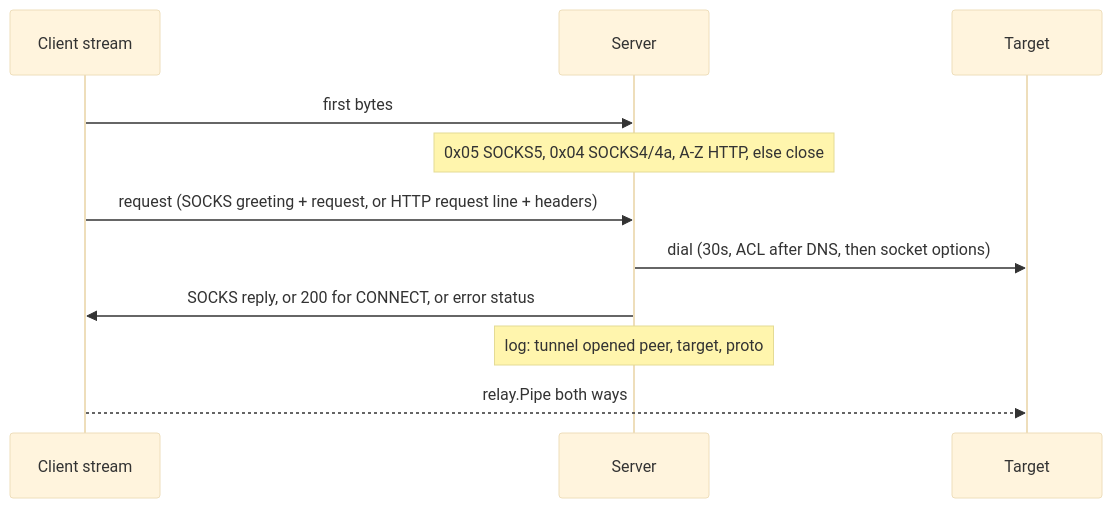
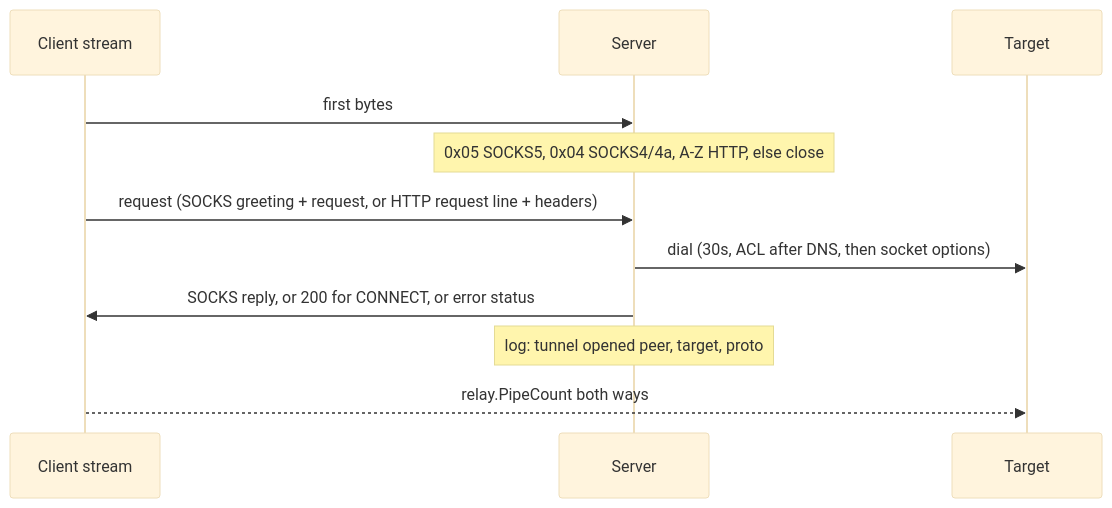
The second of 4 diagrams in docs/WORKFLOWS.md (dimaskiddo/proxy-over-smtp), drawn with Mermaid (base theme) before and after one commit. The commit also changed other lines of this file and 35 other files, not shown here.

````diff
--- a/docs/WORKFLOWS.md
+++ b/docs/WORKFLOWS.md
@@ -70,14 +73,14 @@
 ```mermaid
 sequenceDiagram
     participant C as Client stream
     participant S as Server
     participant T as Target
 
     C->>S: first bytes
     Note over S: 0x05 SOCKS5, 0x04 SOCKS4/4a, A-Z HTTP, else close
     C->>S: request (SOCKS greeting + request, or HTTP request line + headers)
     S->>T: dial (30s, ACL after DNS, then socket options)
     S->>C: SOCKS reply, or 200 for CONNECT, or error status
     Note over S: log: tunnel opened peer, target, proto
-    C-->>T: relay.Pipe both ways
+    C-->>T: relay.PipeCount both ways
 ```
````
